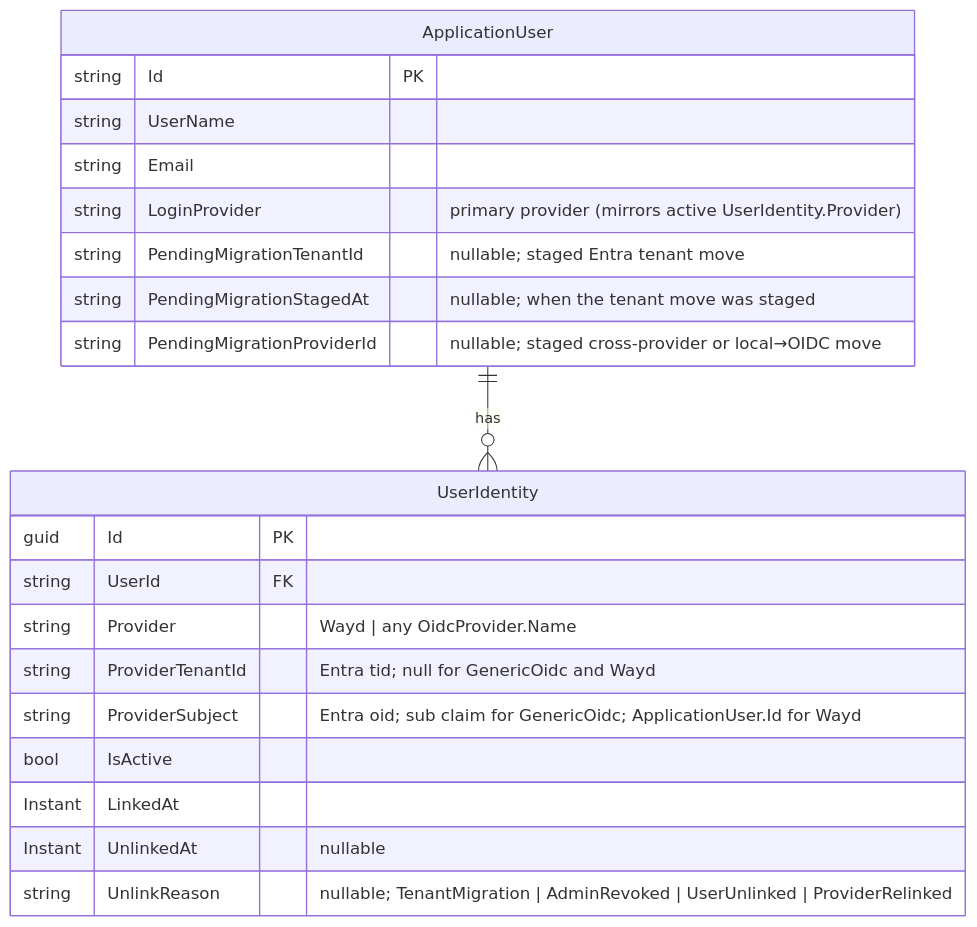
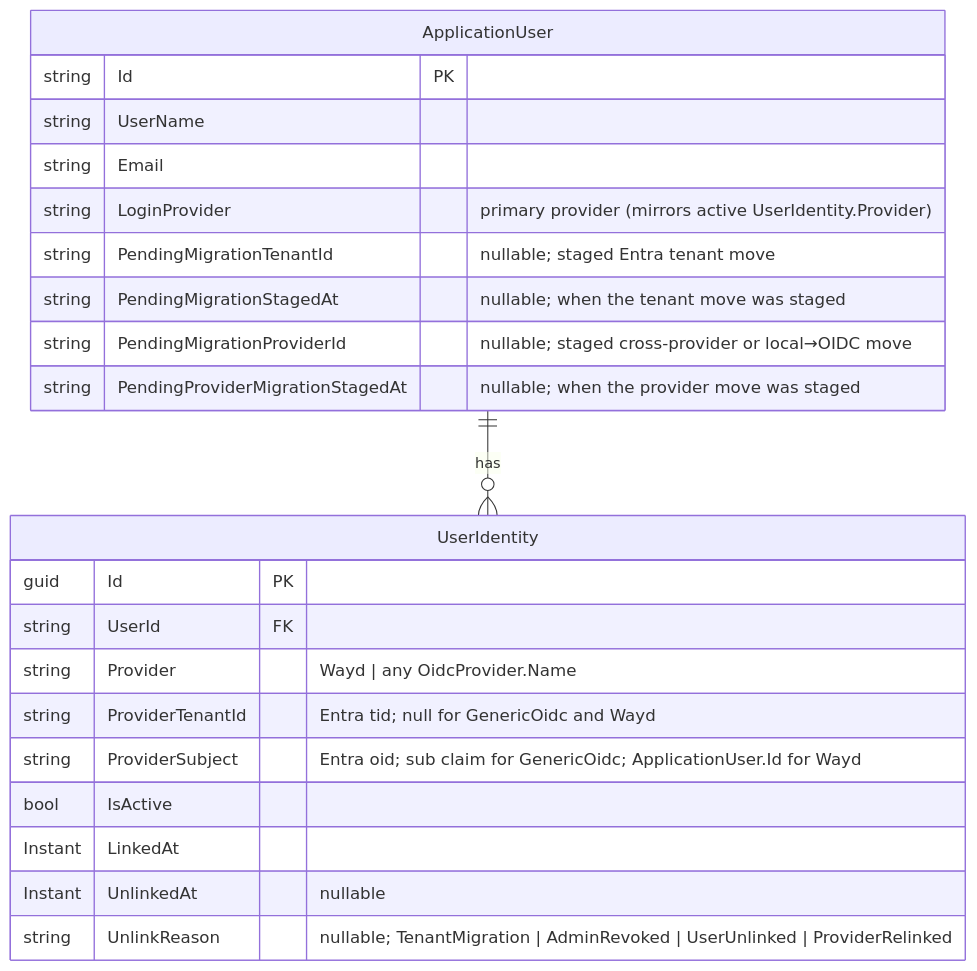
Before and after one commit to destacey/Wayd: the second of 2 diagrams in docs/contributing/configuration.mdx, drawn with Mermaid. The commit also changed other lines of this file and 1 other file, not shown here.

Commit message:
docs: describe staged link expiry and the default role rules (#1373)

````diff
--- a/docs/contributing/configuration.mdx
+++ b/docs/contributing/configuration.mdx
@@ -349,24 +349,25 @@
 ```mermaid
 erDiagram
     ApplicationUser ||--o{ UserIdentity : has
     ApplicationUser {
         string Id PK
         string UserName
         string Email
         string LoginProvider "primary provider (mirrors active UserIdentity.Provider)"
         string PendingMigrationTenantId "nullable; staged Entra tenant move"
         string PendingMigrationStagedAt "nullable; when the tenant move was staged"
         string PendingMigrationProviderId "nullable; staged cross-provider or local→OIDC move"
+        string PendingProviderMigrationStagedAt "nullable; when the provider move was staged"
     }
     UserIdentity {
         guid Id PK
         string UserId FK
         string Provider "Wayd | any OidcProvider.Name"
         string ProviderTenantId "Entra tid; null for GenericOidc and Wayd"
         string ProviderSubject "Entra oid; sub claim for GenericOidc; ApplicationUser.Id for Wayd"
         bool IsActive
         Instant LinkedAt
         Instant UnlinkedAt "nullable"
         string UnlinkReason "nullable; TenantMigration | AdminRevoked | UserUnlinked | ProviderRelinked"
     }
 ```
````
